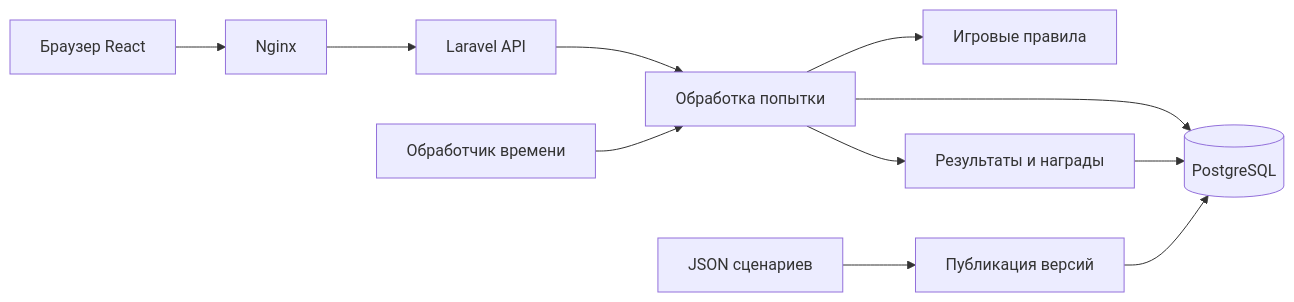
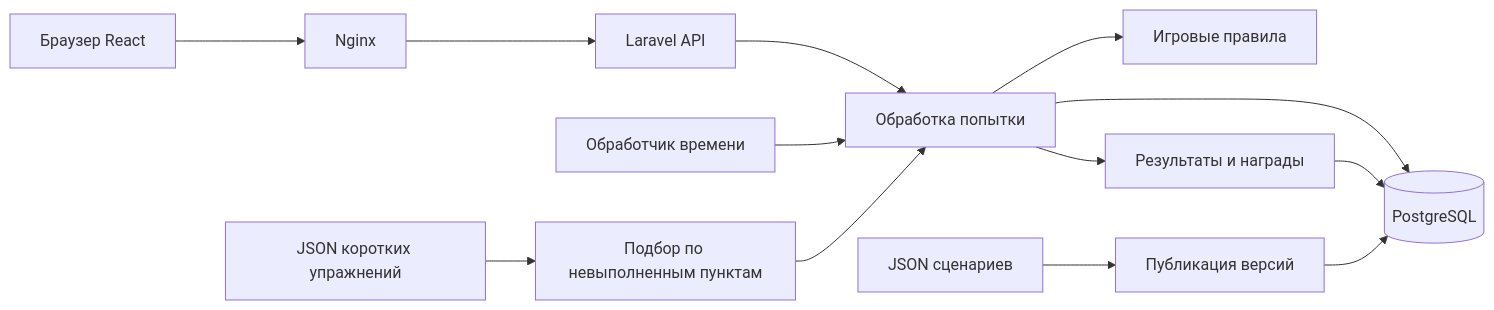
One commit to proger89/test123334 changed the first of 2 diagrams in docs/architecture.md. Above: the diagram before and after it, drawn with Mermaid. The commit also changed other lines of this file and 8 other files, not shown here.

````diff
--- a/docs/architecture.md
+++ b/docs/architecture.md
@@ -3,13 +3,15 @@
 ```mermaid
 flowchart LR
   Player[Браузер React] --> Web[Nginx]
   Web --> API[Laravel API]
   API --> Service[Обработка попытки]
   Worker[Обработчик времени] --> Service
   Service --> Engine[Игровые правила]
   Service --> Progress[Результаты и награды]
   Service --> DB[(PostgreSQL)]
   Progress --> DB
   Content[JSON сценариев] --> Catalog[Публикация версий]
   Catalog --> DB
+  Exercises[JSON коротких упражнений] --> Practice[Подбор по невыполненным пунктам]
+  Practice --> Service
 ```
````
